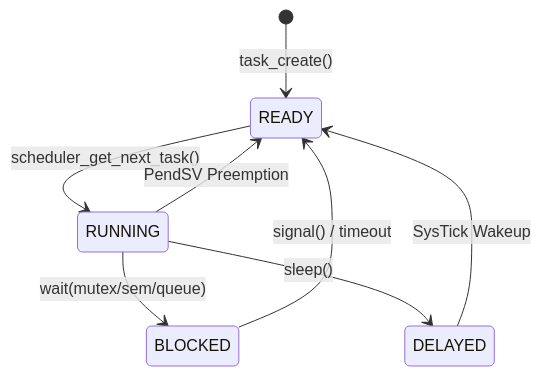
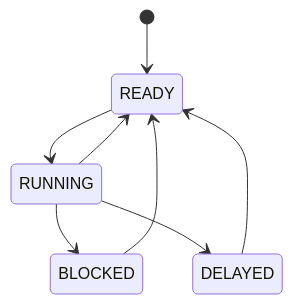
Before and after one commit to CldStlkr/morph-rt: the diagram in README.md, drawn with Mermaid. The commit also changed other lines of this file, not shown here.

````diff
--- a/README.md
+++ b/README.md
@@ -36,10 +36,10 @@
 ```mermaid
 stateDiagram-v2
-    [*] --> READY : task_create()
-    READY --> RUNNING : scheduler_get_next_task()
-    RUNNING --> READY : PendSV Preemption
-    RUNNING --> BLOCKED : wait(mutex/sem/queue)
-    BLOCKED --> READY : signal() / timeout
-    RUNNING --> DELAYED : sleep()
-    DELAYED --> READY : SysTick Wakeup
+    [*] --> READY
+    READY --> RUNNING
+    RUNNING --> READY
+    RUNNING --> BLOCKED
+    BLOCKED --> READY
+    RUNNING --> DELAYED
+    DELAYED --> READY
 ```
````
